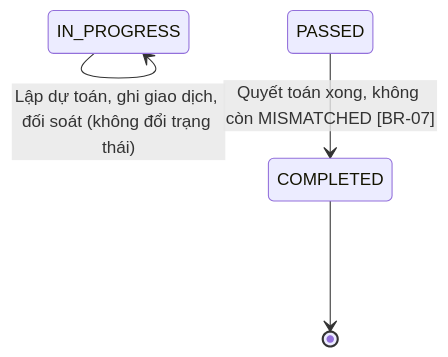
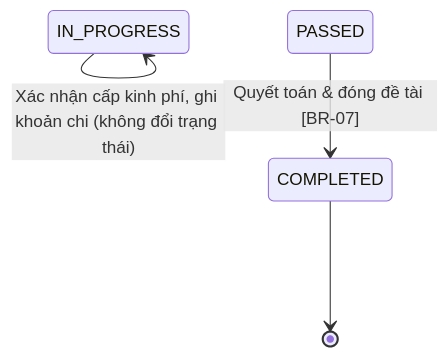
Before and after one commit to PTZero2026/rms-docs: the second of 2 diagrams in docs/features/F05-quan-ly-kinh-phi/spec.md, drawn with Mermaid. The commit also changed other lines of this file and 4 other files, not shown here.

First line of the commit message:
F05: thu gọn phạm vi quản lý kinh phí về bản đơn giản

````diff
--- a/docs/features/F05-quan-ly-kinh-phi/spec.md
+++ b/docs/features/F05-quan-ly-kinh-phi/spec.md
@@ -108,6 +97,6 @@
 ```mermaid
 stateDiagram-v2
-    IN_PROGRESS --> IN_PROGRESS : Lập dự toán, ghi giao dịch, đối soát (không đổi trạng thái)
-    PASSED --> COMPLETED : Quyết toán xong, không còn MISMATCHED [BR-07]
+    IN_PROGRESS --> IN_PROGRESS : Xác nhận cấp kinh phí, ghi khoản chi (không đổi trạng thái)
+    PASSED --> COMPLETED : Quyết toán & đóng đề tài [BR-07]
     COMPLETED --> [*]
 ```
````
